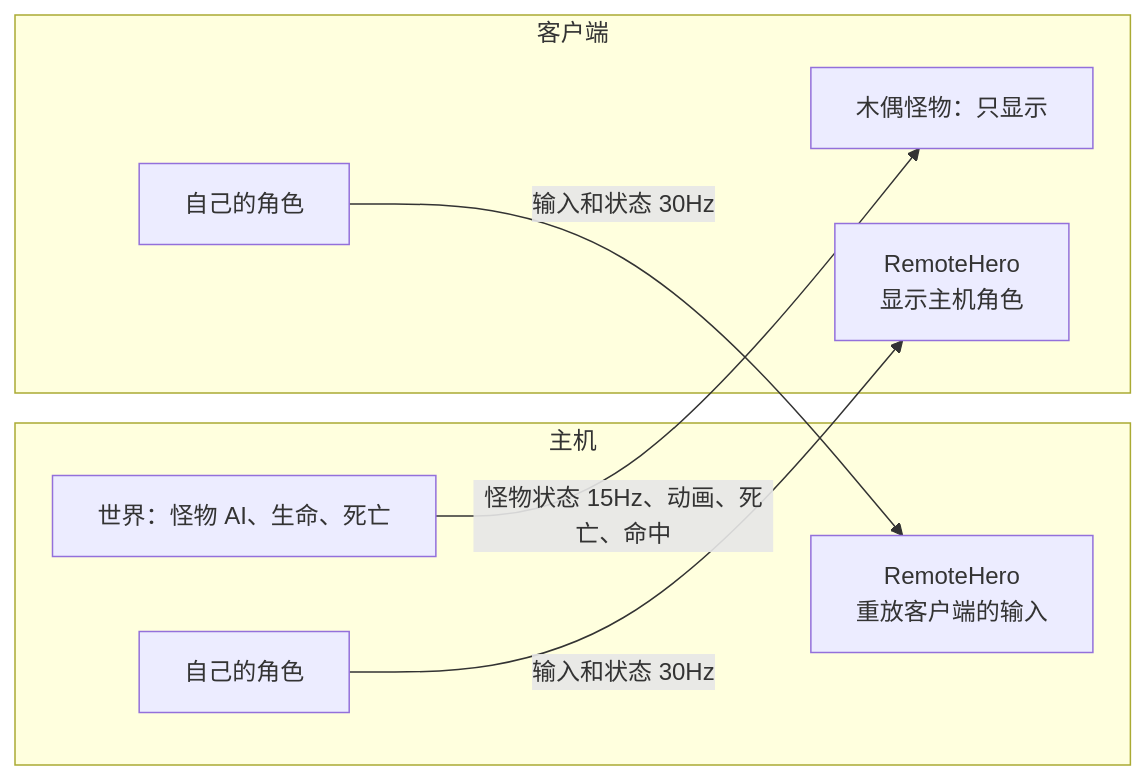
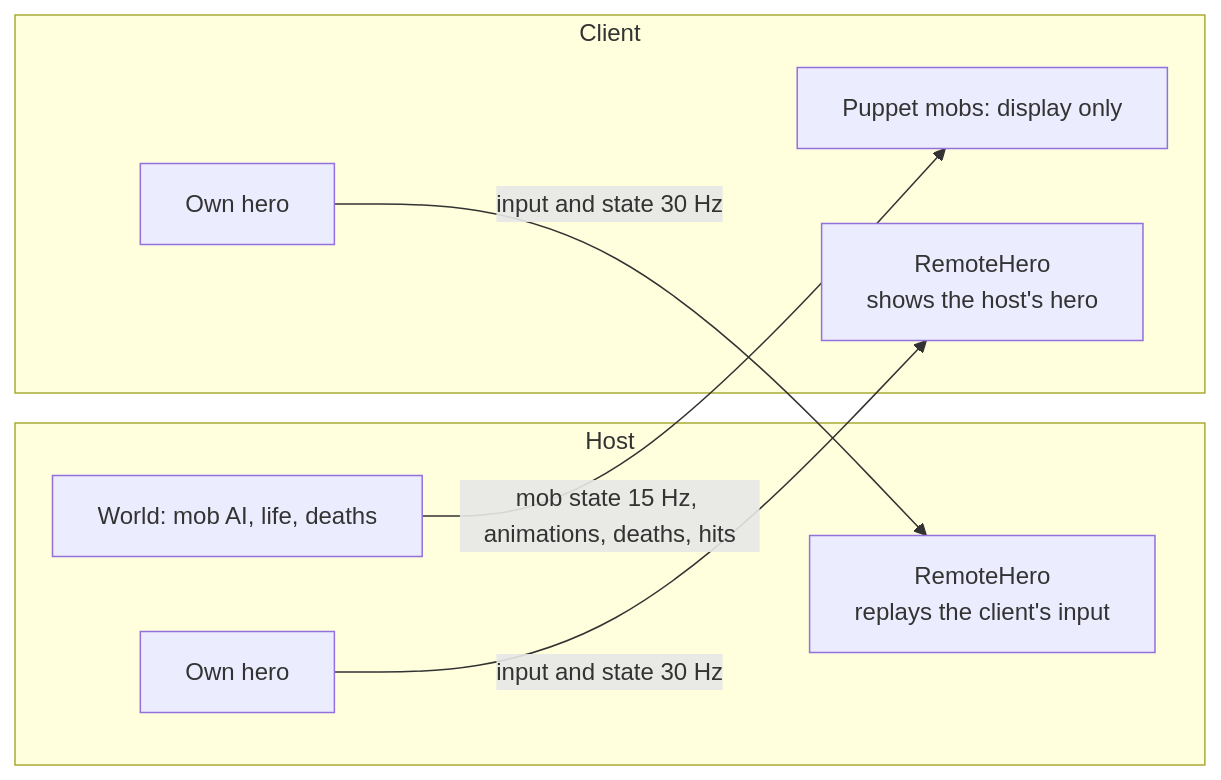
The diagram in README.md (Ringophilia/Ringo-DeadCell-MP), drawn with Mermaid before and after one commit. The commit also changed other lines of this file and 24 other files, not shown here.

````diff
--- a/README.md
+++ b/README.md
@@ -154,16 +160,16 @@
 ```mermaid
 flowchart LR
-    subgraph Host["主机"]
-        HW["世界：怪物 AI、生命、死亡"]
-        HH["自己的角色"]
-        HR["RemoteHero<br/>重放客户端的输入"]
+    subgraph Host["Host"]
+        HW["World: mob AI, life, deaths"]
+        HH["Own hero"]
+        HR["RemoteHero<br/>replays the client's input"]
     end
-    subgraph Client["客户端"]
-        CW["木偶怪物：只显示"]
-        CH["自己的角色"]
-        CR["RemoteHero<br/>显示主机角色"]
+    subgraph Client["Client"]
+        CW["Puppet mobs: display only"]
+        CH["Own hero"]
+        CR["RemoteHero<br/>shows the host's hero"]
     end
-    HW -- "怪物状态 15Hz、动画、死亡、命中" --> CW
-    HH -- "输入和状态 30Hz" --> CR
-    CH -- "输入和状态 30Hz" --> HR
+    HW -- "mob state 15 Hz, animations, deaths, hits" --> CW
+    HH -- "input and state 30 Hz" --> CR
+    CH -- "input and state 30 Hz" --> HR
 ```
````
